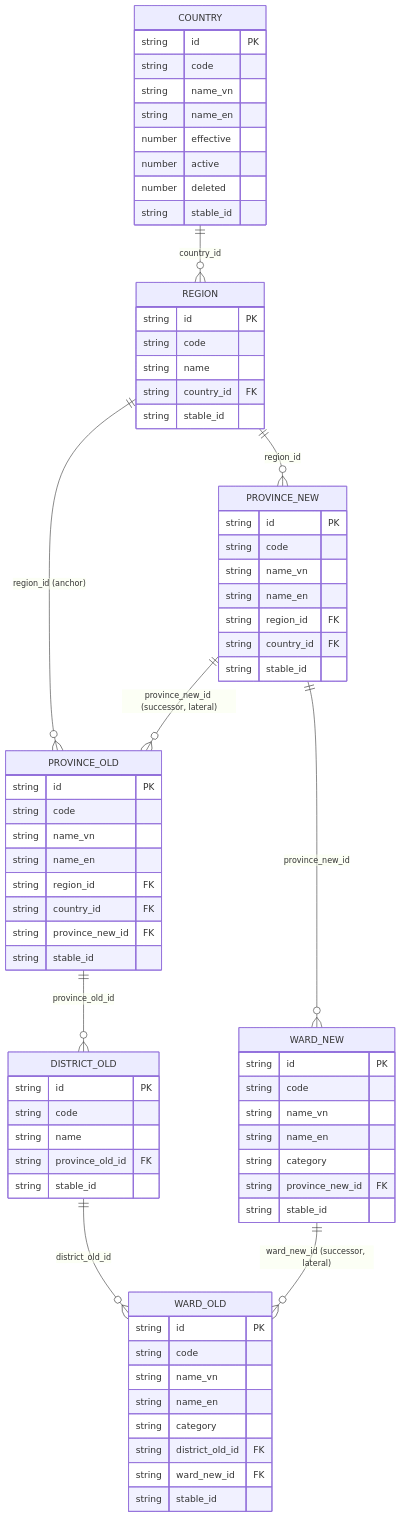
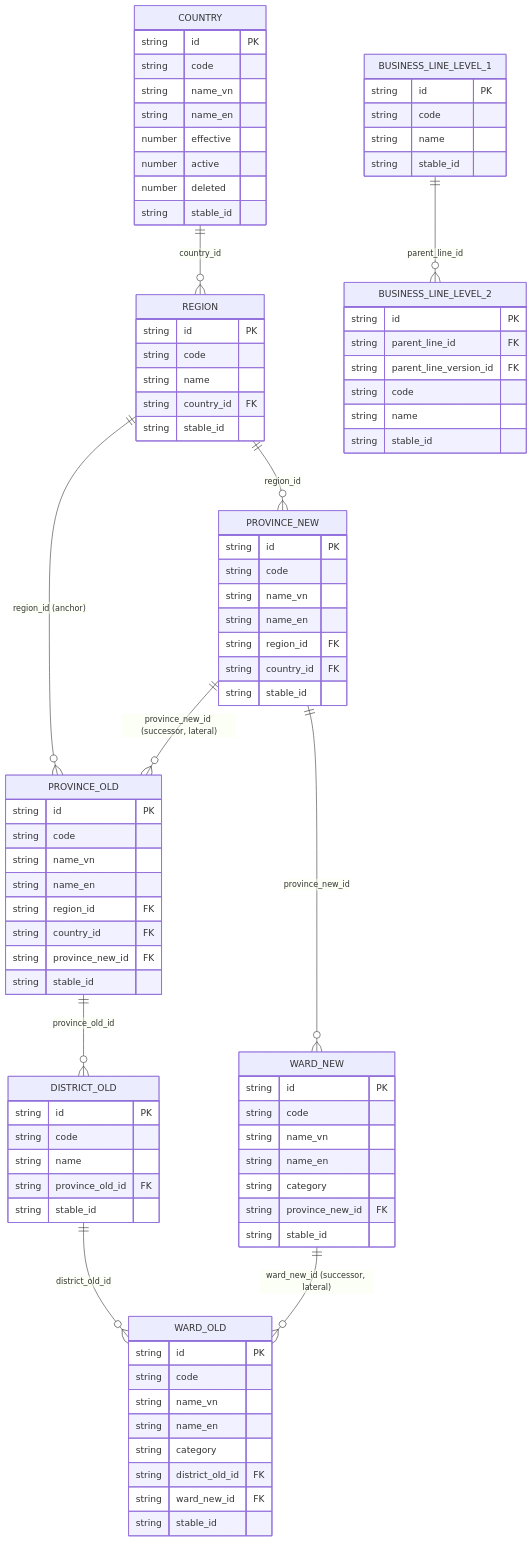
Before and after one commit to linhlvit/ubck_atomic_design: the first of 2 diagrams in DataModel/working/Atomic/hld/ECAT_HLD_Tier1.md, drawn with Mermaid. The commit also changed other lines of this file and 101 other files, not shown here.

````diff
--- a/DataModel/working/Atomic/hld/ECAT_HLD_Tier1.md
+++ b/DataModel/working/Atomic/hld/ECAT_HLD_Tier1.md
@@ -94,6 +95,22 @@
         string stable_id
     }
 
+    BUSINESS_LINE_LEVEL_1 {
+        string id PK
+        string code
+        string name
+        string stable_id
+    }
+
+    BUSINESS_LINE_LEVEL_2 {
+        string id PK
+        string parent_line_id FK
+        string parent_line_version_id FK
+        string code
+        string name
+        string stable_id
+    }
+
     COUNTRY ||--o{ REGION : "country_id"
     REGION ||--o{ PROVINCE_NEW : "region_id"
     PROVINCE_NEW ||--o{ WARD_NEW : "province_new_id"
@@ -102,4 +119,5 @@
     DISTRICT_OLD ||--o{ WARD_OLD : "district_old_id"
     PROVINCE_NEW ||--o{ PROVINCE_OLD : "province_new_id (successor, lateral)"
     WARD_NEW ||--o{ WARD_OLD : "ward_new_id (successor, lateral)"
+    BUSINESS_LINE_LEVEL_1 ||--o{ BUSINESS_LINE_LEVEL_2 : "parent_line_id"
 ```
````
